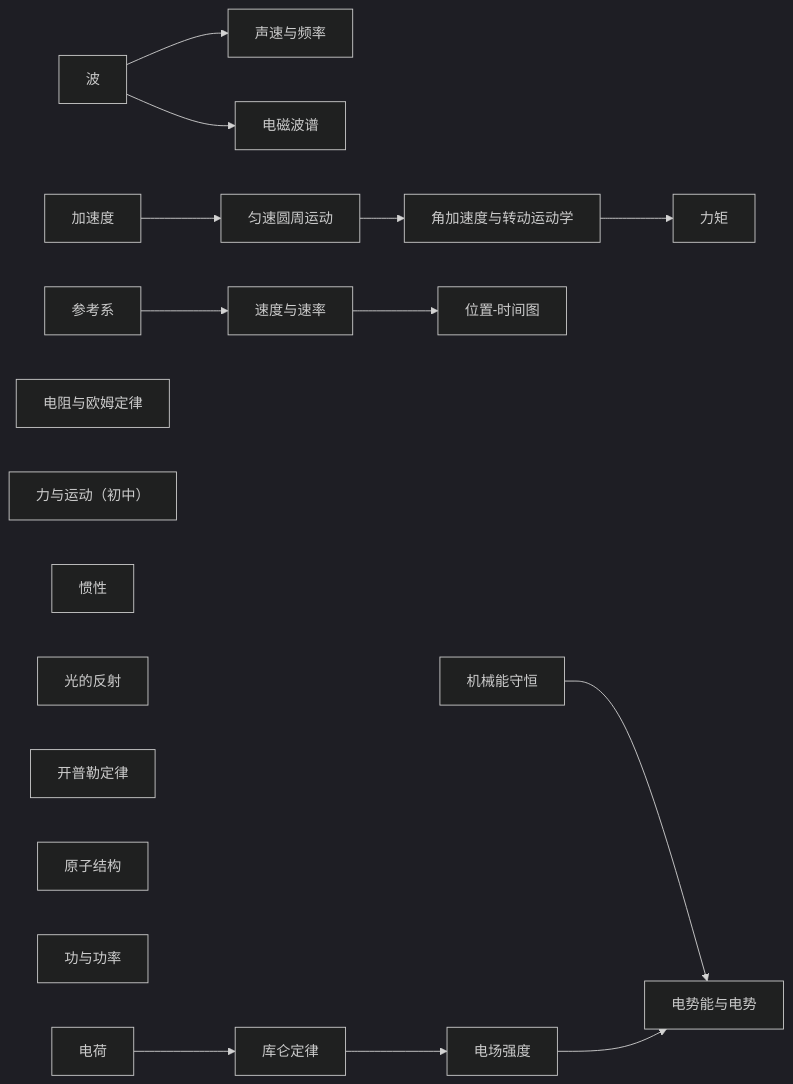
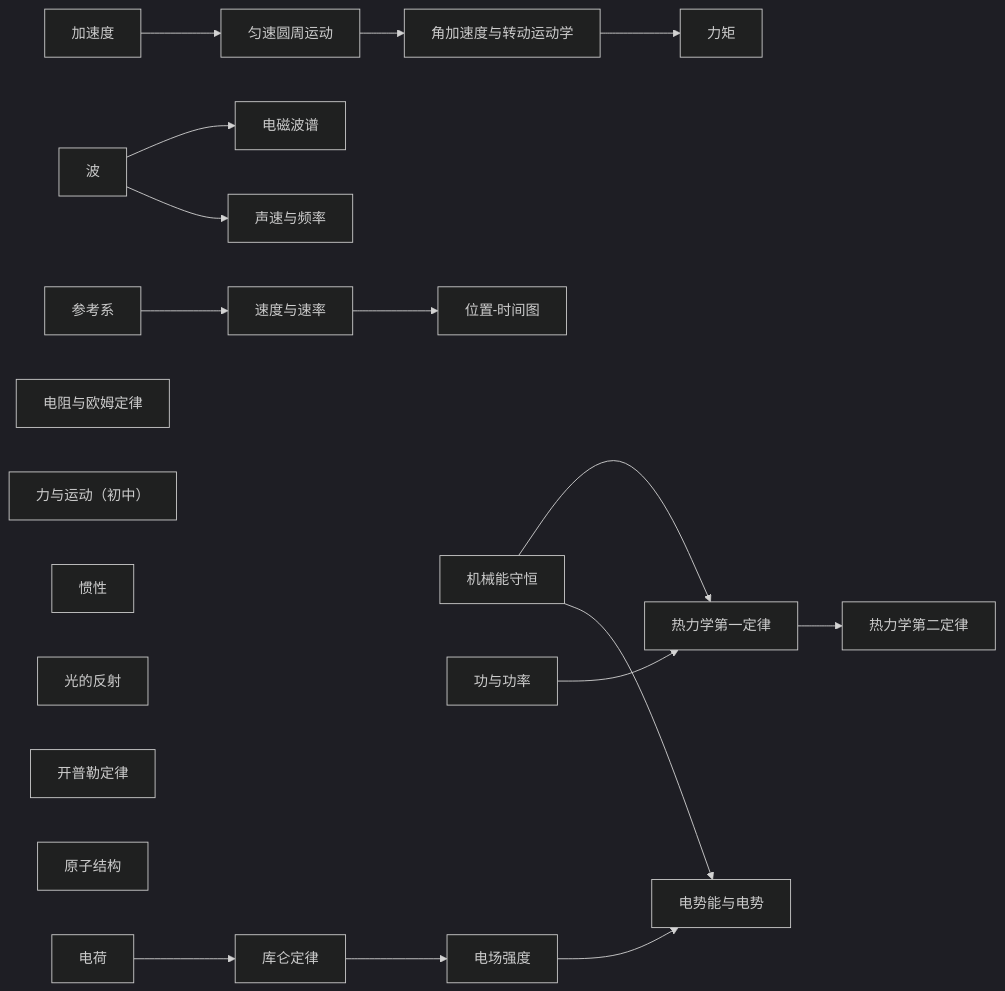
The first of 2 diagrams in knowledge/physics/README.en.md (hpleapfrog/Scholia), drawn with Mermaid (dark theme) before and after one commit. The commit also changed other lines of this file and 22 other files, not shown here.

````diff
--- a/knowledge/physics/README.en.md
+++ b/knowledge/physics/README.en.md
@@ -7,18 +7,20 @@
 ```mermaid
 graph LR
   W["波"] --> A["声速与频率"]
   AC["加速度"] --> UCM["匀速圆周运动"]
   UCM --> RA["角加速度与转动运动学"] --> TQ["力矩"]
   W --> M["电磁波谱"]
   F["参考系"] --> S["速度与速率"] --> P["位置-时间图"]
   R["电阻与欧姆定律"]
   N["力与运动（初中）"]
   I["惯性"]
   L["光的反射"]
   E["机械能守恒"]
   K["开普勒定律"]
   AT["原子结构"]
   WP["功与功率"]
   CH["电荷"] --> CL["库仑定律"] --> EF["电场强度"] --> EP["电势能与电势"]
   E --> EP
+  WP --> T1["热力学第一定律"] --> T2["热力学第二定律"]
+  E --> T1
 ```
````
